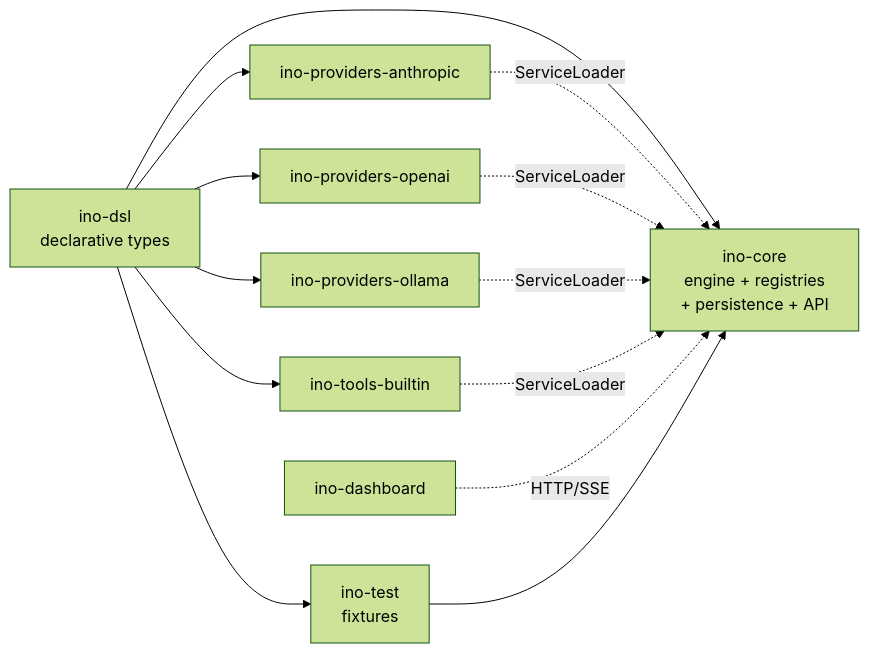
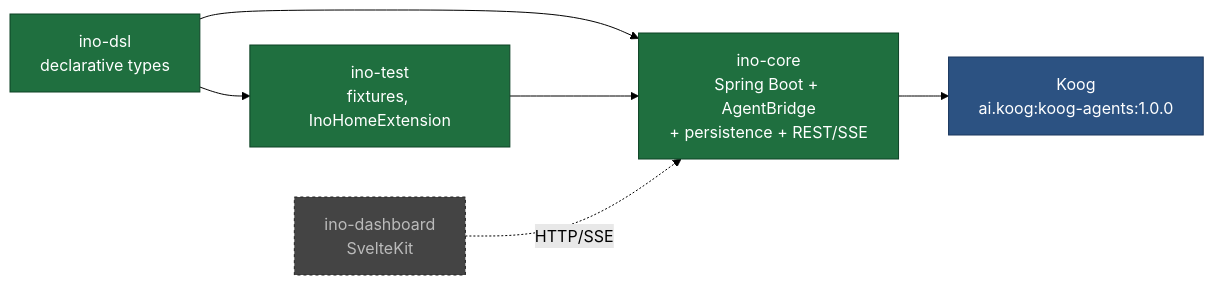
Before and after one commit to khorum-oss/ino: the first of 3 diagrams in docs/architecture.md, drawn with Mermaid (forest theme). The commit also changed other lines of this file and 3 other files, not shown here.

Commit message:
Update roadmap and architecture docs to reflect Koog integration replacing custom engine and provider SPIs

````diff
--- a/docs/architecture.md
+++ b/docs/architecture.md
@@ -15,26 +22,18 @@
 ```mermaid
 flowchart LR
-    DSL[ino-dsl<br/>declarative types]
-    CORE[ino-core<br/>engine + registries<br/>+ persistence + API]
-    TEST[ino-test<br/>fixtures]
-    PA[ino-providers-anthropic]
-    PO[ino-providers-openai]
-    POL[ino-providers-ollama]
-    TOOLS[ino-tools-builtin]
-    DASH[ino-dashboard]
+    classDef built fill:#1f6f3f,stroke:#0d4225,color:#fff
+    classDef planned fill:#444,stroke:#222,color:#bbb,stroke-dasharray:3 3
+    classDef external fill:#2c5282,stroke:#1a365d,color:#fff
+
+    DSL[ino-dsl<br/>declarative types]:::built
+    CORE[ino-core<br/>Spring Boot + AgentBridge<br/>+ persistence + REST/SSE]:::built
+    TEST[ino-test<br/>fixtures, InoHomeExtension]:::built
+    DASH[ino-dashboard<br/>SvelteKit]:::planned
+    KOOG[Koog<br/>ai.koog:koog-agents:1.0.0]:::external
 
     DSL --> CORE
-    DSL --> PA
-    DSL --> PO
-    DSL --> POL
-    DSL --> TOOLS
     DSL --> TEST
-
-    PA -.ServiceLoader.-> CORE
-    PO -.ServiceLoader.-> CORE
-    POL -.ServiceLoader.-> CORE
-    TOOLS -.ServiceLoader.-> CORE
-
+    TEST --> CORE
+    CORE --> KOOG
     DASH -.HTTP/SSE.-> CORE
-    TEST --> CORE
 ```
````
